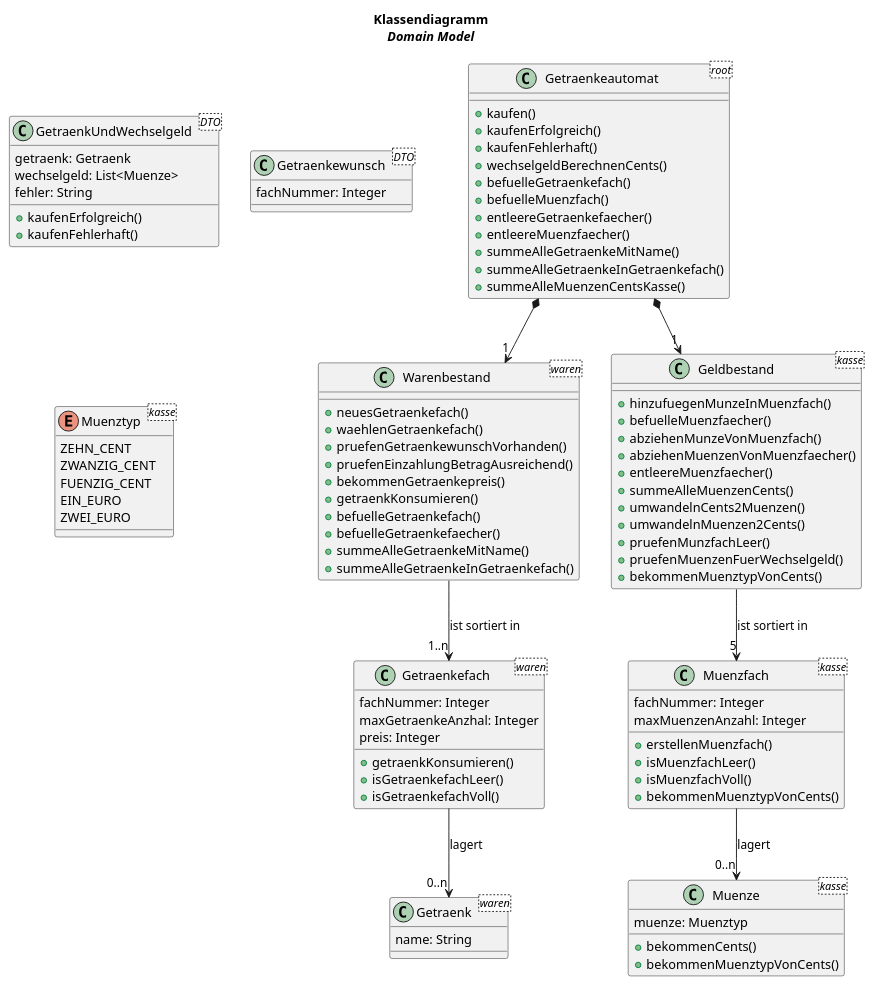
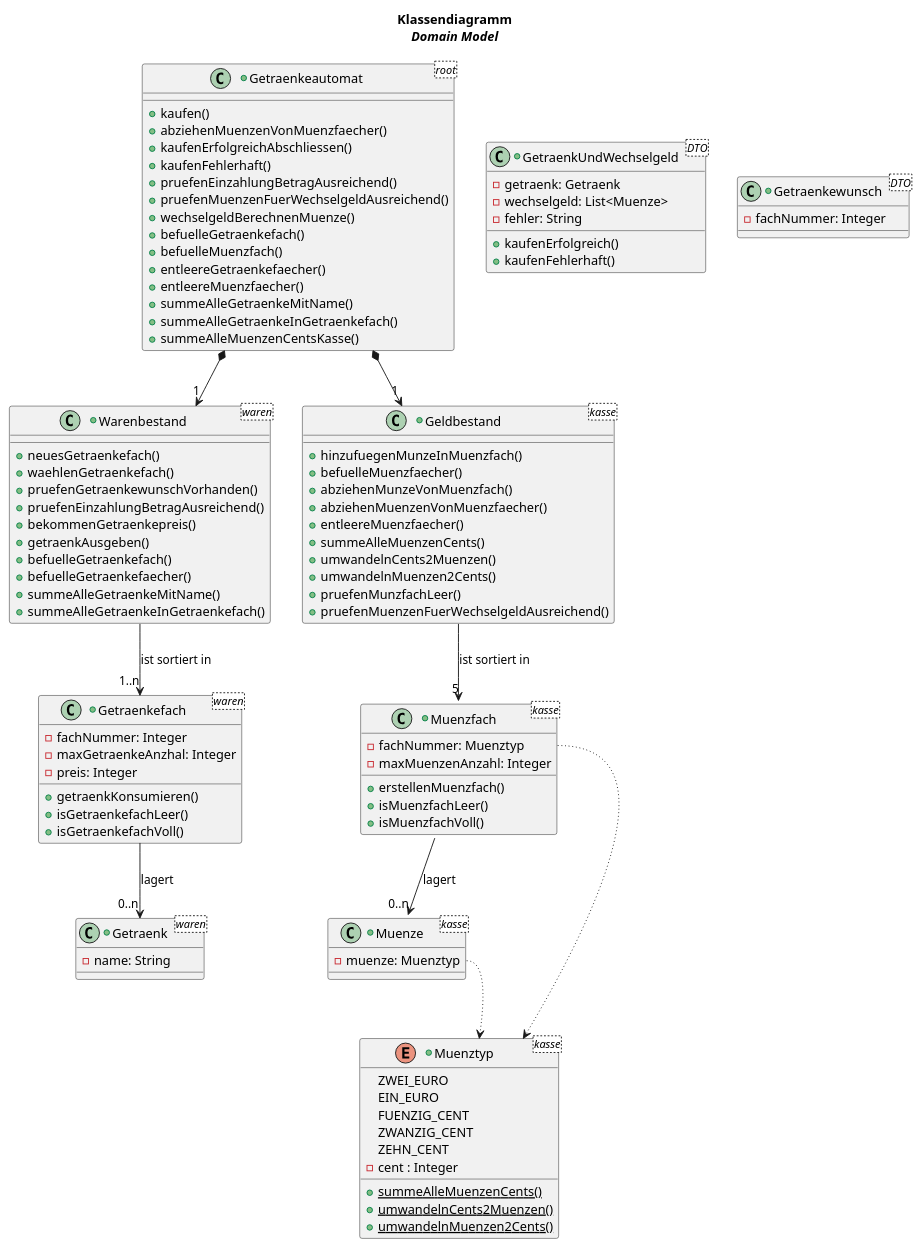
One commit to robertodefreitas/Getraenkeautomat.2022-02-09 changed the diagram in uml-Klassendiagramm.puml. Above: the diagram before and after it, drawn with PlantUML.

Commit message:
Klassediagramm aktualisiert

```diff
--- a/uml-Klassendiagramm.puml
+++ b/uml-Klassendiagramm.puml
@@ -1,142 +1,146 @@
 @startuml
 'https://plantuml.com/class-diagram
 
 title
  Klassendiagramm
  <i>Domain Model</i>
 end title
 
-class Getraenkeautomat <root> {
++class Getraenkeautomat <root> {
 'beide werden im Klassendiagramm nicht geschrieben, weil die 1.. beziehung das schon zeigt
 'also, es ist klar dass die vorhanden sind
 'warenbestand
 'geldbestand
 '+GetraenkUndWechselgeld kaufen(Getraenkewunsch auswahl, Muenze... einzahlung)
 +kaufen()
-+kaufenErfolgreich()
++abziehenMuenzenVonMuenzfaecher()
++kaufenErfolgreichAbschliessen()
 +kaufenFehlerhaft()
-+wechselgeldBerechnenCents()
++pruefenEinzahlungBetragAusreichend()
++pruefenMuenzenFuerWechselgeldAusreichend()
++wechselgeldBerechnenMuenze()
 +befuelleGetraenkefach()
 +befuelleMuenzfach()
 +entleereGetraenkefaecher()
 +entleereMuenzfaecher()
 +summeAlleGetraenkeMitName()
 +summeAlleGetraenkeInGetraenkefach()
 +summeAlleMuenzenCentsKasse()
 }
 
 
 'WAREN
 
-class Warenbestand <waren> {
-'getraenkefaecher: List<Getraenkefach>
++class Warenbestand <waren> {
+'-getraenkefaecher: List<Getraenkefach>
 +neuesGetraenkefach()
 +waehlenGetraenkefach()
 +pruefenGetraenkewunschVorhanden()
 +pruefenEinzahlungBetragAusreichend()
 +bekommenGetraenkepreis()
-+getraenkKonsumieren()
++getraenkAusgeben()
 +befuelleGetraenkefach()
 +befuelleGetraenkefaecher()
 +summeAlleGetraenkeMitName()
 +summeAlleGetraenkeInGetraenkefach()
 }
 
-class Getraenkefach <waren> {
-fachNummer: Integer
-'getraenke: List<Getraenk>
-maxGetraenkeAnzhal: Integer
-preis: Integer
++class Getraenkefach <waren> {
+-fachNummer: Integer
+'-getraenke: List<Getraenk>
+-maxGetraenkeAnzhal: Integer
+-preis: Integer
 +getraenkKonsumieren()
 +isGetraenkefachLeer()
 +isGetraenkefachVoll()
 }
 
-class Getraenk <waren> {
-name: String
++class Getraenk <waren> {
+-name: String
 }
 
 
 'KASSE
 
-class Geldbestand <kasse> {
-'muenzfaecher: List<Muenzfach>
++class Geldbestand <kasse> {
+'-muenzfaecher: List<Muenzfach>
 +hinzufuegenMunzeInMuenzfach()
 +befuelleMuenzfaecher()
 +abziehenMunzeVonMuenzfach()
 +abziehenMuenzenVonMuenzfaecher()
 +entleereMuenzfaecher()
 +summeAlleMuenzenCents()
-'+umwandelnBetrag2Cents()
-'+umwandelnCents2Betrag()
 +umwandelnCents2Muenzen()
 +umwandelnMuenzen2Cents()
 +pruefenMunzfachLeer()
-+pruefenMuenzenFuerWechselgeld()
-+bekommenMuenztypVonCents()
++pruefenMuenzenFuerWechselgeldAusreichend()
 }
 
-class Muenzfach <kasse> {
-fachNummer: Integer
-'muenzen: List<Muenze>
-maxMuenzenAnzahl: Integer
++class Muenzfach <kasse> {
+-fachNummer: Muenztyp
+'-muenzen: List<Muenze>
+-maxMuenzenAnzahl: Integer
 +erstellenMuenzfach()
 +isMuenzfachLeer()
 +isMuenzfachVoll()
-+bekommenMuenztypVonCents()
 }
 
-class Muenze <kasse> {
-muenze: Muenztyp
-+bekommenCents()
-+bekommenMuenztypVonCents()
++class Muenze <kasse> {
+-muenze: Muenztyp
 }
 
 
 'OHNE_BEZIEHUNG
 
-class GetraenkUndWechselgeld <DTO> {
-getraenk: Getraenk
-wechselgeld: List<Muenze>
-fehler: String
++class GetraenkUndWechselgeld <DTO> {
+-getraenk: Getraenk
+-wechselgeld: List<Muenze>
+-fehler: String
 +kaufenErfolgreich()
 +kaufenFehlerhaft()
 }
 
-class Getraenkewunsch <DTO> {
-fachNummer: Integer
++class Getraenkewunsch <DTO> {
+-fachNummer: Integer
 }
 
-enum Muenztyp <kasse> {
++enum Muenztyp <kasse> {
+ZWEI_EURO
+EIN_EURO
+FUENZIG_CENT
+ZWANZIG_CENT
 ZEHN_CENT
-ZWANZIG_CENT
-FUENZIG_CENT
-EIN_EURO
-ZWEI_EURO
+-cent : Integer
++ {static} summeAlleMuenzenCents()
++ {static} umwandelnCents2Muenzen()
++ {static} umwandelnMuenzen2Cents()
 }
 
 
 'BEZIEHUNGEN
 'https://info-wsf.de/assoziation-aggregation-und-komposition/
 'https://www.geeksforgeeks.org/association-composition-aggregation-java/
 'Komposition
 'Class --* Composition
 'Aggregation
 'Class --o Aggregation
 'Assoziation
 'Class --> Association
 'Class --|> Extension
 
 '-down->
 '-right->
 '-left->
 '-up->
+'-[dotted]->
 Getraenkeautomat *-down-> "1" Warenbestand
 Warenbestand -down-> "1..n" Getraenkefach : ist sortiert in
 Getraenkefach -down-> "0..n" Getraenk : lagert
 
 Getraenkeautomat *-down-> "1" Geldbestand
 Geldbestand -down-> "5" Muenzfach : ist sortiert in
 Muenzfach -down-> "0..n" Muenze : lagert
+Muenze::muenze -[dotted]-> Muenztyp
+Muenzfach::fachNummer -[dotted]-> Muenztyp
 
 @enduml
```
